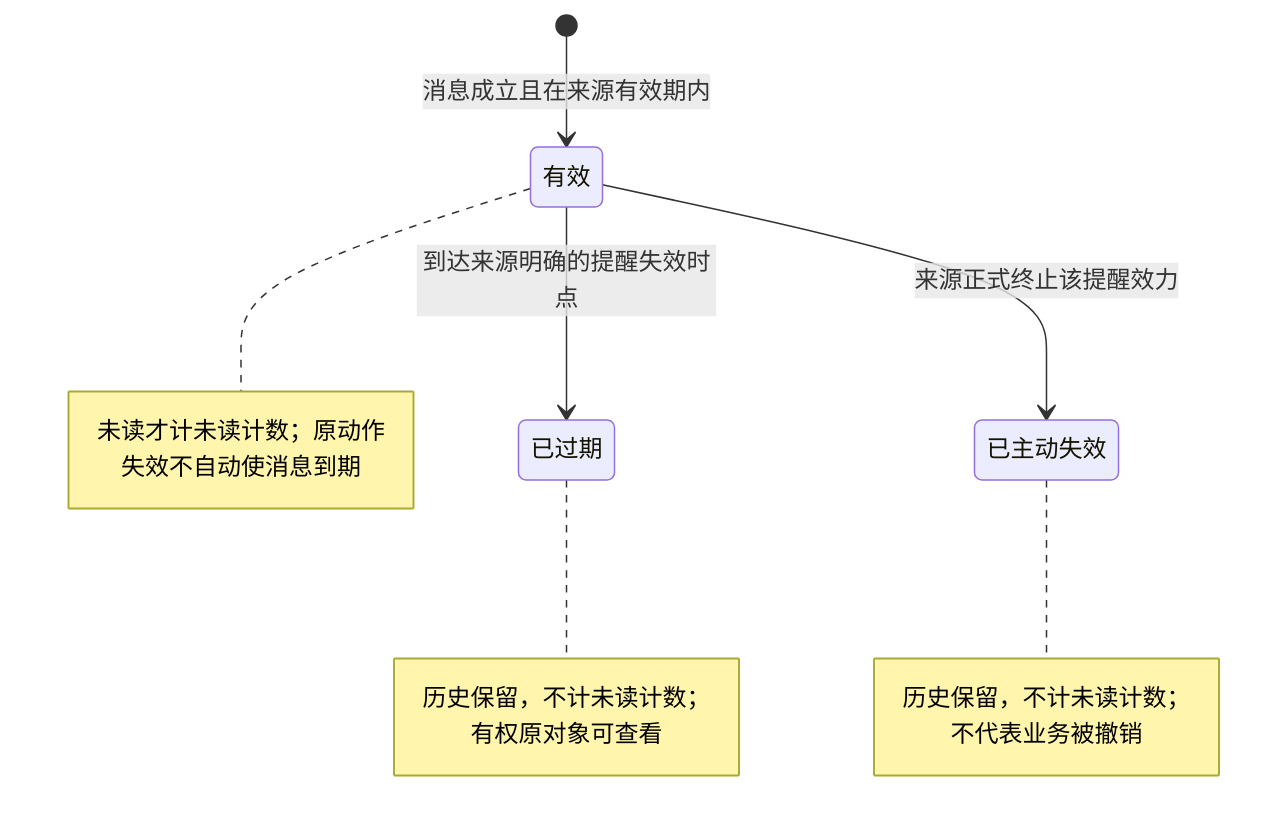
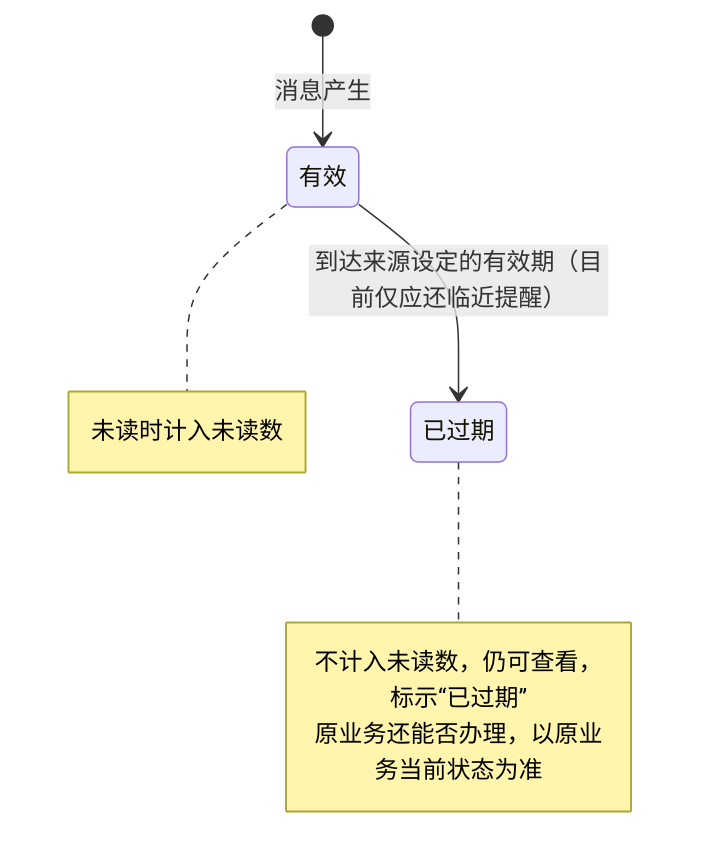
The sixth of 8 diagrams in lending-platform/PRD/面客端/10-面客消息中心/02-面客消息中心-流程图与状态机.md (wxblockchain/Chain-Financing), drawn with Mermaid before and after one commit. The commit also changed other lines of this file and 6 other files, not shown here.

````diff
--- a/lending-platform/PRD/面客端/10-面客消息中心/02-面客消息中心-流程图与状态机.md
+++ b/lending-platform/PRD/面客端/10-面客消息中心/02-面客消息中心-流程图与状态机.md
@@ -164,15 +130,12 @@
 ```mermaid
 stateDiagram-v2
-    [*] --> 有效: 消息成立且在来源有效期内
-    有效 --> 已过期: 到达来源明确的提醒失效时点
-    有效 --> 已主动失效: 来源正式终止该提醒效力
+    [*] --> 有效: 消息产生
+    有效 --> 已过期: 到达来源设定的有效期（目前仅应还临近提醒）
     note right of 有效
-        未读才计未读计数；原动作失效不自动使消息到期
+        未读时计入未读数
     end note
     note right of 已过期
-        历史保留，不计未读计数；有权原对象可查看
-    end note
-    note right of 已主动失效
-        历史保留，不计未读计数；不代表业务被撤销
+        不计入未读数，仍可查看，标示“已过期”
+        原业务还能否办理，以原业务当前状态为准
     end note
 ```
````
